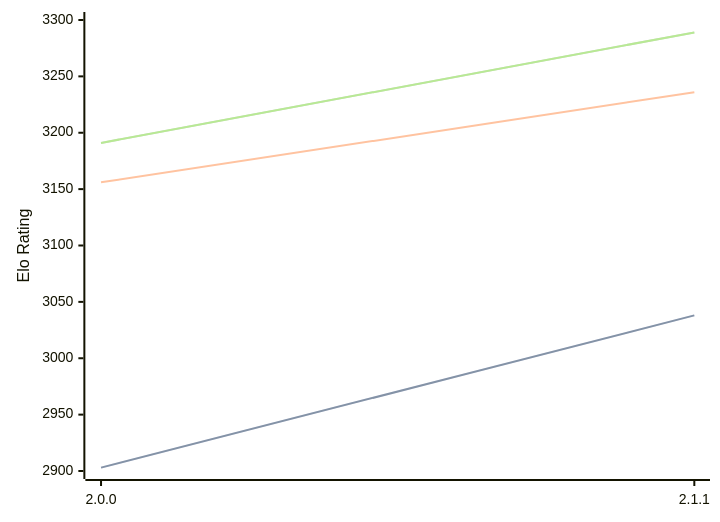
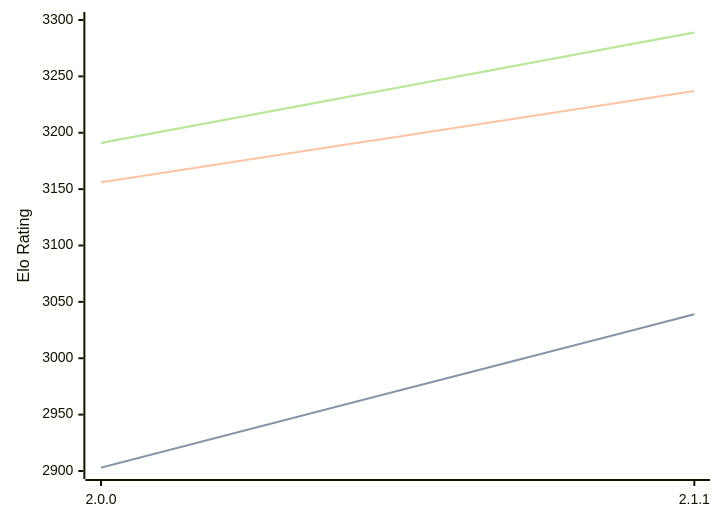
The diagram in engines/Bread.md (computer-chess-index/cci), drawn with Mermaid before and after one commit. The commit also changed other lines of this file, not shown here.

Commit message:
Update CCI Ratings (ELO VLTC) - 2026-02-19

````diff
--- a/engines/Bread.md
+++ b/engines/Bread.md
@@ -47,11 +47,11 @@
 ```mermaid
 %%{init: {"theme":"base","themeVariables":{"seriesColors:['#a3a3a3','#222221','#faa371']}}}%%
 xychart-beta
   x-axis ["2.0.0", "2.1.1"]
   y-axis "Elo Rating" 2900 --> 3300
-  line "STC (8.0+0.08s)" [2903, 3038]
-  line "STC (8.0+0.08s)" [2903, 3038]
-  line "LTC (60.0+0.60s)" [3156, 3236]
+  line "STC (8.0+0.08s)" [2903, 3039]
+  line "STC (8.0+0.08s)" [2903, 3039]
+  line "LTC (60.0+0.60s)" [3156, 3237]
   line "VLTC (2m24s+1.12s)" [3191, 3289]
   line "VLTC (2m24s+1.12s)" [3191, 3289]
 ```
````
